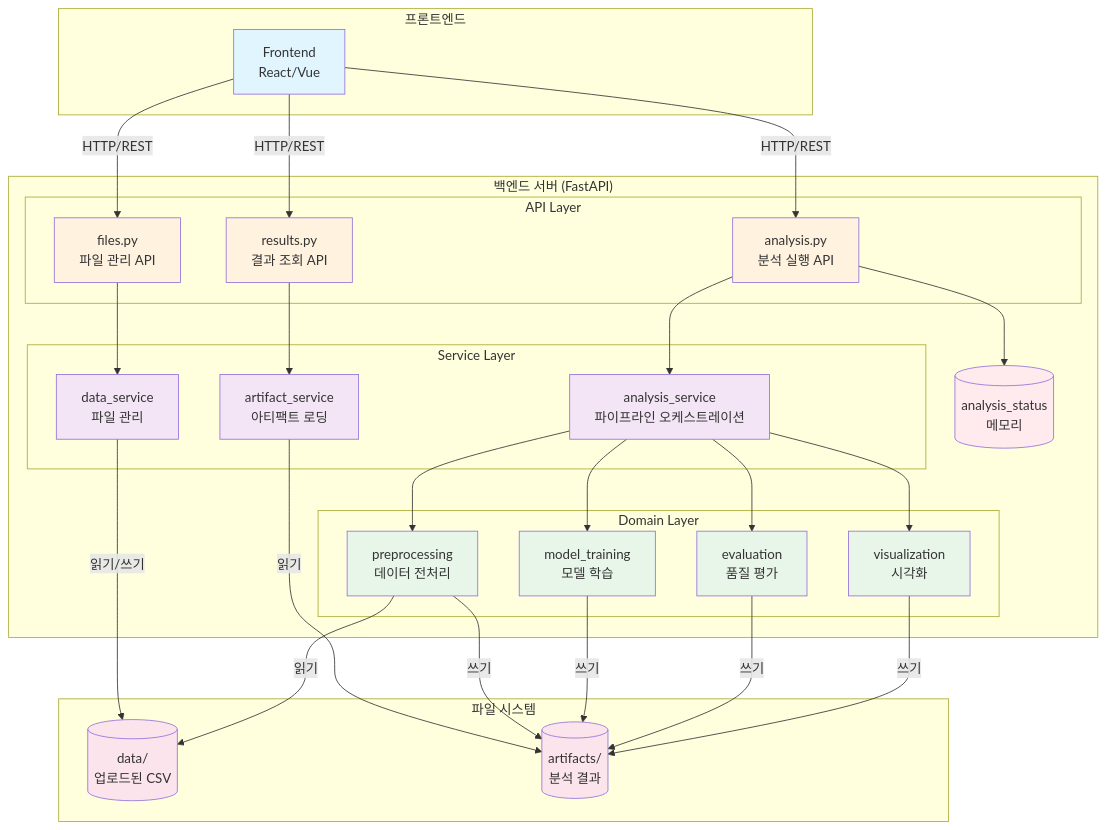
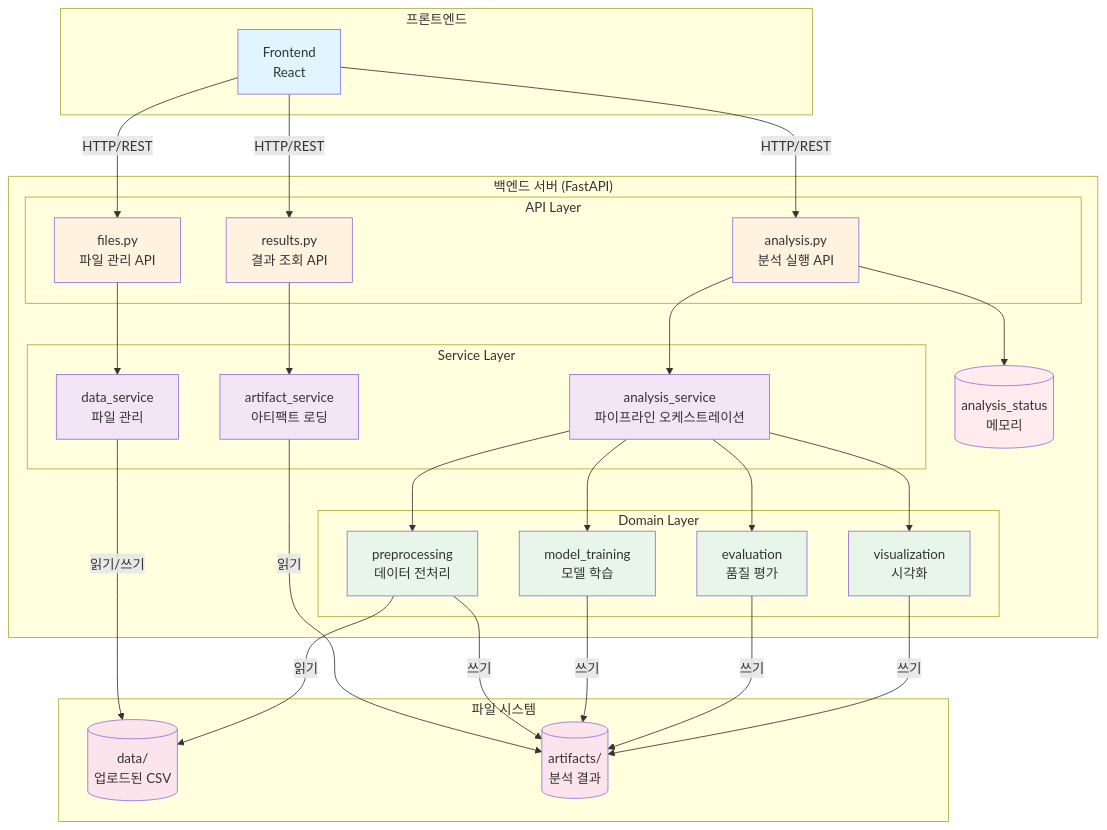
One commit to KNU-TEAM5/capstone2_BE changed the first of 3 diagrams in docs/system-architecture.md. Above: the diagram before and after it, drawn with Mermaid. The commit also changed other lines of this file, not shown here.

````diff
--- a/docs/system-architecture.md
+++ b/docs/system-architecture.md
@@ -5,72 +5,72 @@
 ```mermaid
 graph TB
     subgraph "프론트엔드"
-        FE[Frontend<br/>React/Vue]
+        FE[Frontend<br/>React]
     end
 
     subgraph "백엔드 서버 (FastAPI)"
         subgraph "API Layer"
             API1[results.py<br/>결과 조회 API]
             API2[files.py<br/>파일 관리 API]
             API3[analysis.py<br/>분석 실행 API]
         end
 
         subgraph "Service Layer"
             SVC1[artifact_service<br/>아티팩트 로딩]
             SVC2[data_service<br/>파일 관리]
             SVC3[analysis_service<br/>파이프라인 오케스트레이션]
         end
 
         subgraph "Domain Layer"
             DOM1[preprocessing<br/>데이터 전처리]
             DOM2[model_training<br/>모델 학습]
             DOM3[evaluation<br/>품질 평가]
             DOM4[visualization<br/>시각화]
         end
 
         MEM[(analysis_status<br/>메모리)]
     end
 
     subgraph "파일 시스템"
         FS1[(data/<br/>업로드된 CSV)]
         FS2[(artifacts/<br/>분석 결과)]
     end
 
     %% 연결
     FE -->|HTTP/REST| API1
     FE -->|HTTP/REST| API2
     FE -->|HTTP/REST| API3
 
     API1 --> SVC1
     API2 --> SVC2
     API3 --> SVC3
     API3 --> MEM
 
     SVC1 -->|읽기| FS2
     SVC2 -->|읽기/쓰기| FS1
     SVC3 --> DOM1
     SVC3 --> DOM2
     SVC3 --> DOM3
     SVC3 --> DOM4
 
     DOM1 -->|읽기| FS1
     DOM1 -->|쓰기| FS2
     DOM2 -->|쓰기| FS2
     DOM3 -->|쓰기| FS2
     DOM4 -->|쓰기| FS2
 
     style FE fill:#e1f5ff
     style API1 fill:#fff3e0
     style API2 fill:#fff3e0
     style API3 fill:#fff3e0
     style SVC1 fill:#f3e5f5
     style SVC2 fill:#f3e5f5
     style SVC3 fill:#f3e5f5
     style DOM1 fill:#e8f5e9
     style DOM2 fill:#e8f5e9
     style DOM3 fill:#e8f5e9
     style DOM4 fill:#e8f5e9
     style MEM fill:#ffebee
     style FS1 fill:#fce4ec
     style FS2 fill:#fce4ec
 ```
````
